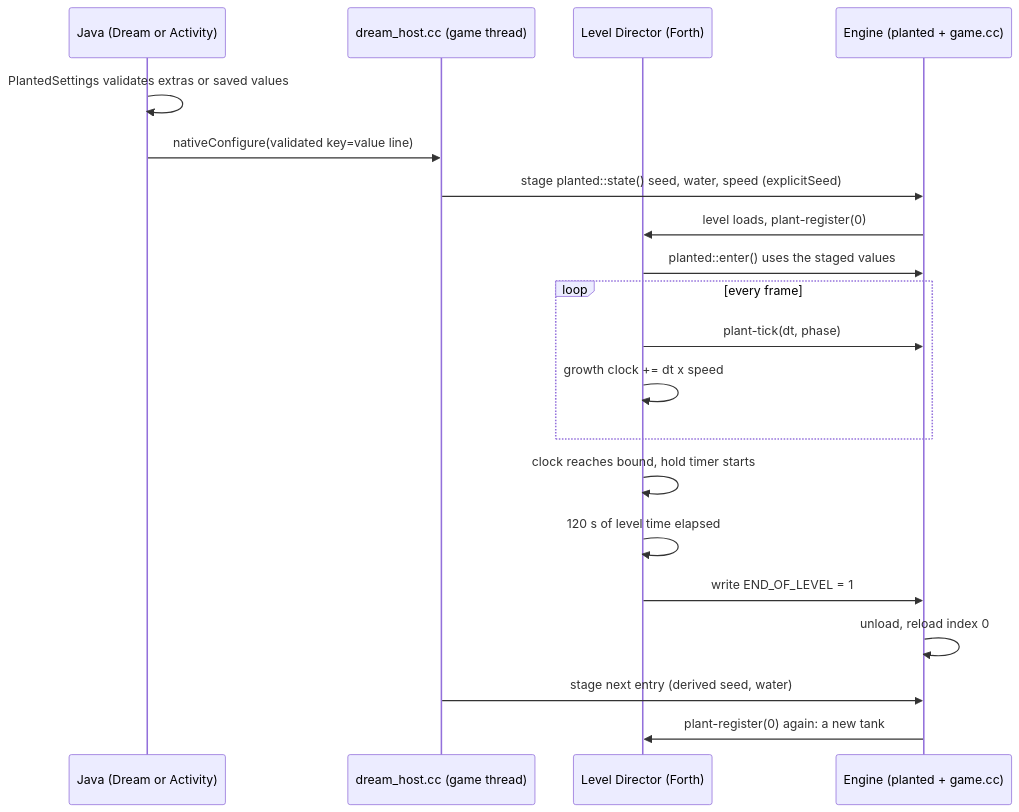
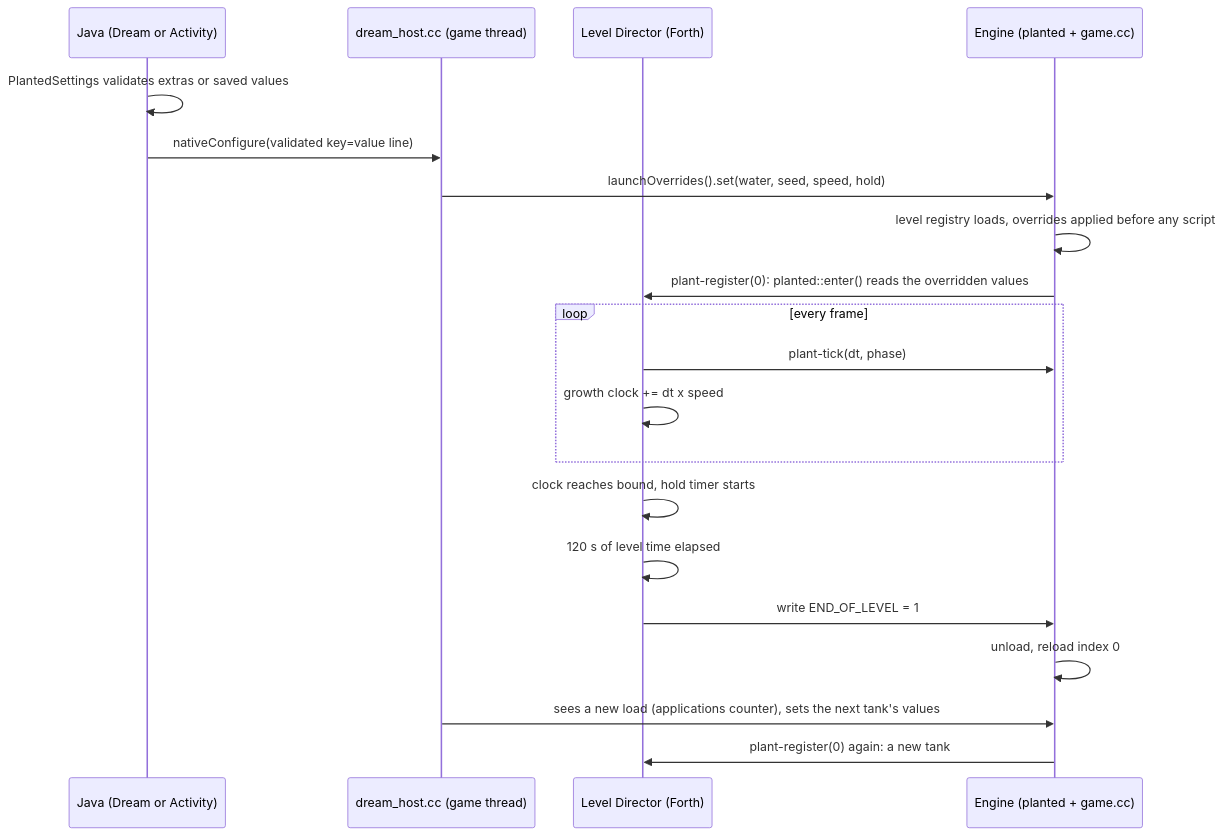
The second of 3 diagrams in docs/plans/2026-10-21-planted-tank-screensaver.md (wbniv/WorldFoundry), drawn with Mermaid before and after one commit. The commit also changed other lines of this file and 9 other files, not shown here.

First line of the commit message:
Planted Tank plan: plants only, generic seam approved, hold stays a parameter

````diff
--- a/docs/plans/2026-10-21-planted-tank-screensaver.md
+++ b/docs/plans/2026-10-21-planted-tank-screensaver.md
@@ -48,22 +49,22 @@
 ```mermaid
 sequenceDiagram
     participant J as Java (Dream or Activity)
     participant H as dream_host.cc (game thread)
     participant L as Level Director (Forth)
     participant E as Engine (planted + game.cc)
     J->>J: PlantedSettings validates extras or saved values
     J->>H: nativeConfigure(validated key=value line)
-    H->>E: stage planted::state() seed, water, speed (explicitSeed)
-    E->>L: level loads, plant-register(0)
-    L->>E: planted::enter() uses the staged values
+    H->>E: launchOverrides().set(water, seed, speed, hold)
+    E->>E: level registry loads, overrides applied before any script
+    E->>L: plant-register(0): planted::enter() reads the overridden values
     loop every frame
         L->>E: plant-tick(dt, phase)
         L->>L: growth clock += dt x speed
     end
     L->>L: clock reaches bound, hold timer starts
     L->>L: 120 s of level time elapsed
     L->>E: write END_OF_LEVEL = 1
     E->>E: unload, reload index 0
-    H->>E: stage next entry (derived seed, water)
+    H->>E: sees a new load (applications counter), sets the next tank's values
     E->>L: plant-register(0) again: a new tank
 ```
````
